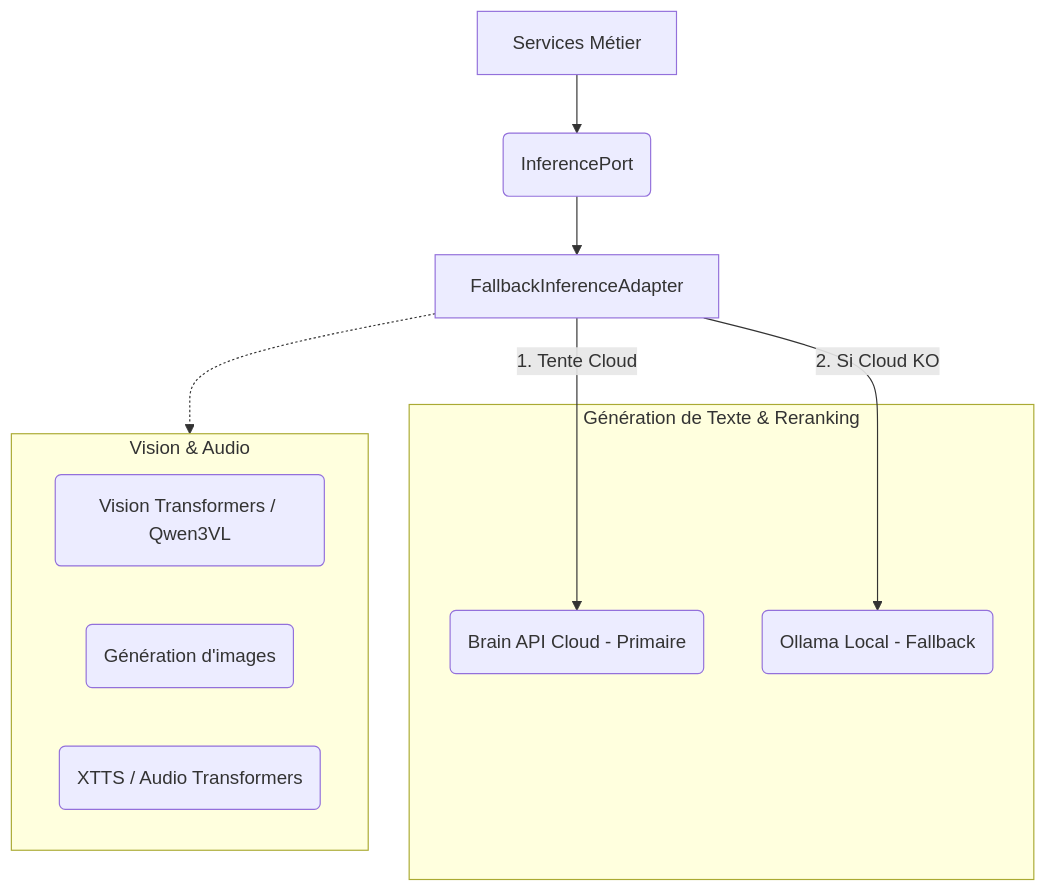
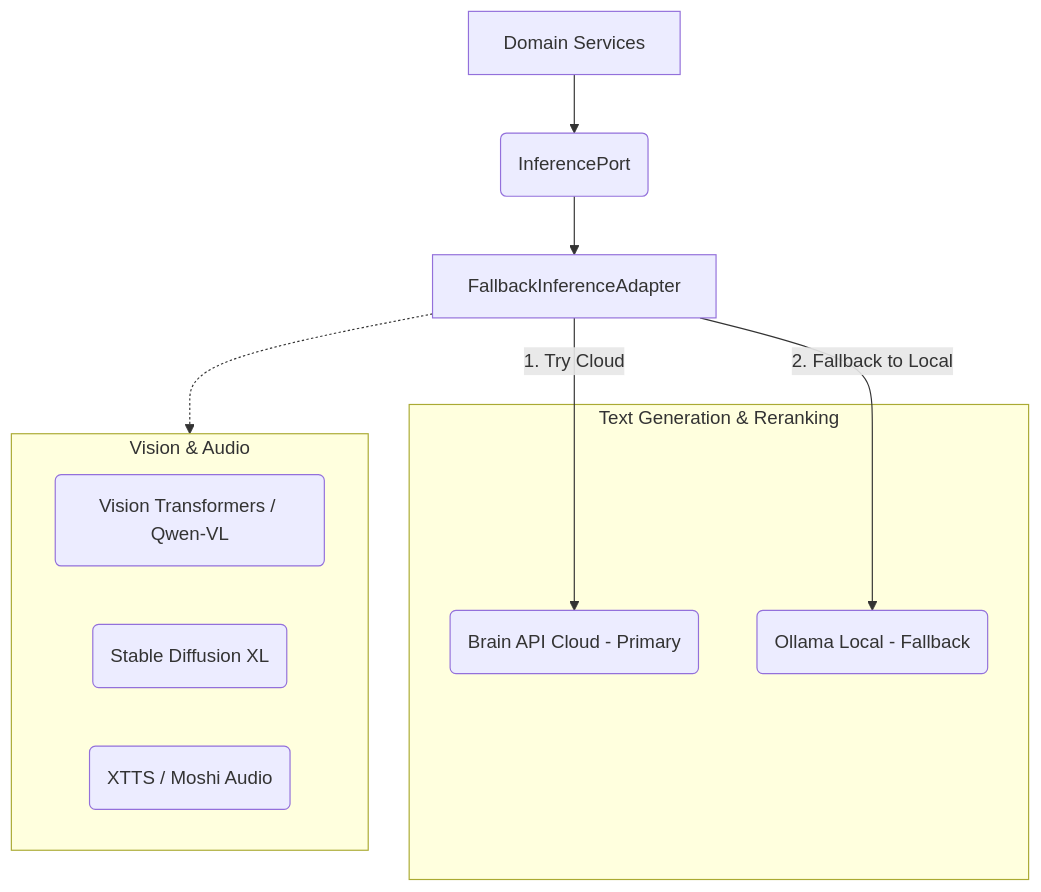
The third of 5 diagrams in docs/DIAGRAMMES.md (MissawB/Animetix), drawn with Mermaid before and after one commit. The commit also changed other lines of this file and 29 other files, not shown here.

````diff
--- a/docs/DIAGRAMMES.md
+++ b/docs/DIAGRAMMES.md
@@ -110,21 +107,21 @@
 ```mermaid
 graph TD
-    App[Services Métier] --> Port(InferencePort)
+    App[Domain Services] --> Port(InferencePort)
     Port --> Fallback[FallbackInferenceAdapter]
     
-    subgraph Moteurs_Texte [Génération de Texte & Reranking]
-        BrainAPI(Brain API Cloud - Primaire)
+    subgraph Text_Moteurs [Text Generation & Reranking]
+        BrainAPI(Brain API Cloud - Primary)
         Ollama(Ollama Local - Fallback)
     end
     
     subgraph Multimodal [Vision & Audio]
-        Vision(Vision Transformers / Qwen3VL)
-        Diffusers(Génération d'images)
-        Audio(XTTS / Audio Transformers)
+        Vision(Vision Transformers / Qwen-VL)
+        Diffusers(Stable Diffusion XL)
+        Audio(XTTS / Moshi Audio)
     end
 
-    Fallback -->|1. Tente Cloud| BrainAPI
-    Fallback -->|2. Si Cloud KO| Ollama
+    Fallback -->|1. Try Cloud| BrainAPI
+    Fallback -->|2. Fallback to Local| Ollama
     
     Fallback -.-> Multimodal
 ```
````
